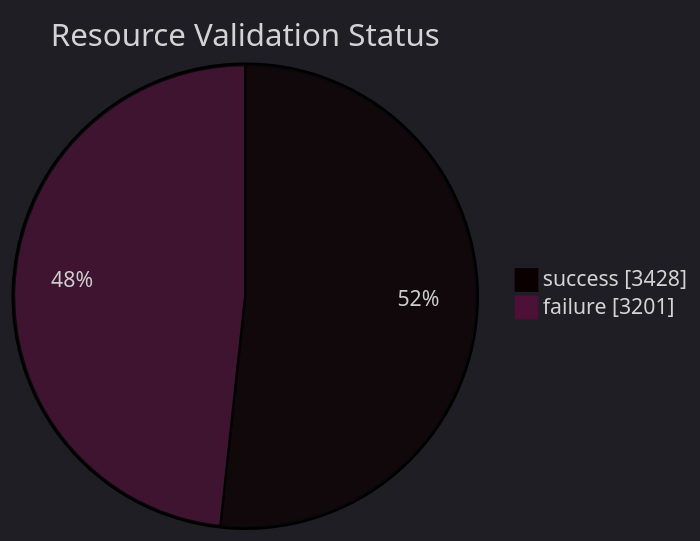
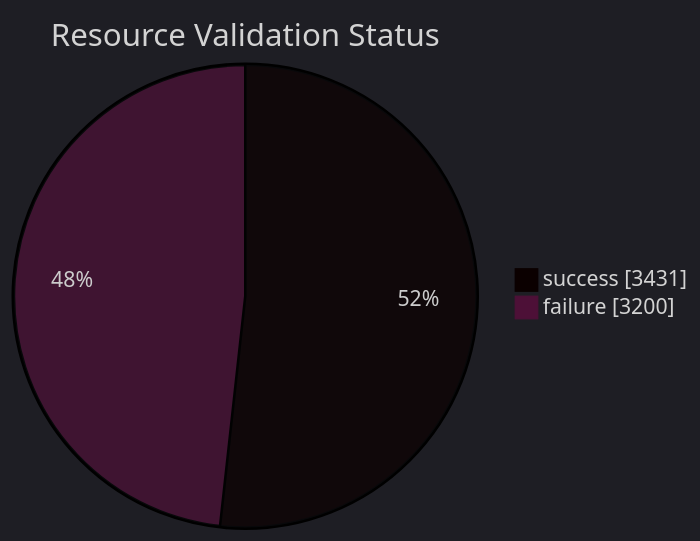
One commit to open-data/analytics-corporate-reporting changed the diagram in datastore_tracker/resource_validation_status_pie_chart.md. Above: the diagram before and after it, drawn with Mermaid. The commit also changed 9 other files, not shown here.

````diff
--- a/datastore_tracker/resource_validation_status_pie_chart.md
+++ b/datastore_tracker/resource_validation_status_pie_chart.md
@@ -2,9 +2,9 @@
 ```mermaid
 ---
 config:
   theme: dark
 ---
 pie showData title Resource Validation Status
-    "success": 3428
-    "failure": 3201
+    "success": 3431
+    "failure": 3200
 ```
````
